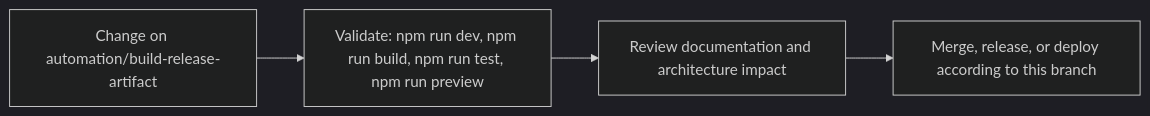
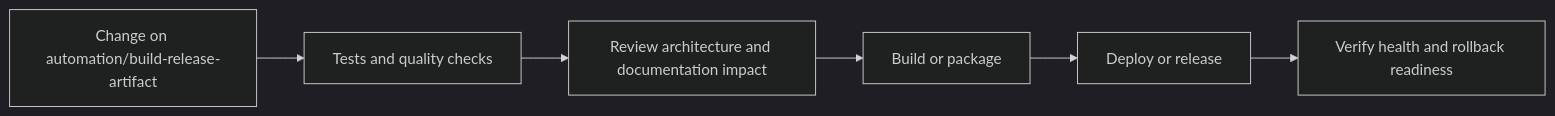
Before and after one commit to Nischhalsubba/neverwinter-lockbox-vault: the sixth of 7 diagrams in README.md, drawn with Mermaid (dark theme). The commit also changed other lines of this file, not shown here.

````diff
--- a/README.md
+++ b/README.md
@@ -71,8 +179,8 @@
 ```mermaid
 flowchart LR
-    CHANGE["Change on automation/build-release-artifact"]
-    CHECK["Validate: npm run dev, npm run build, npm run test, npm run preview"]
-    REVIEW["Review documentation and architecture impact"]
-    RELEASE["Merge, release, or deploy according to this branch"]
-    CHANGE --> CHECK --> REVIEW --> RELEASE
+    CHANGE["Change on automation/build-release-artifact"] --> CHECK["Tests and quality checks"]
+    CHECK --> REVIEW["Review architecture and documentation impact"]
+    REVIEW --> BUILD["Build or package"]
+    BUILD --> DEPLOY["Deploy or release"]
+    DEPLOY --> VERIFY["Verify health and rollback readiness"]
 ```
````
